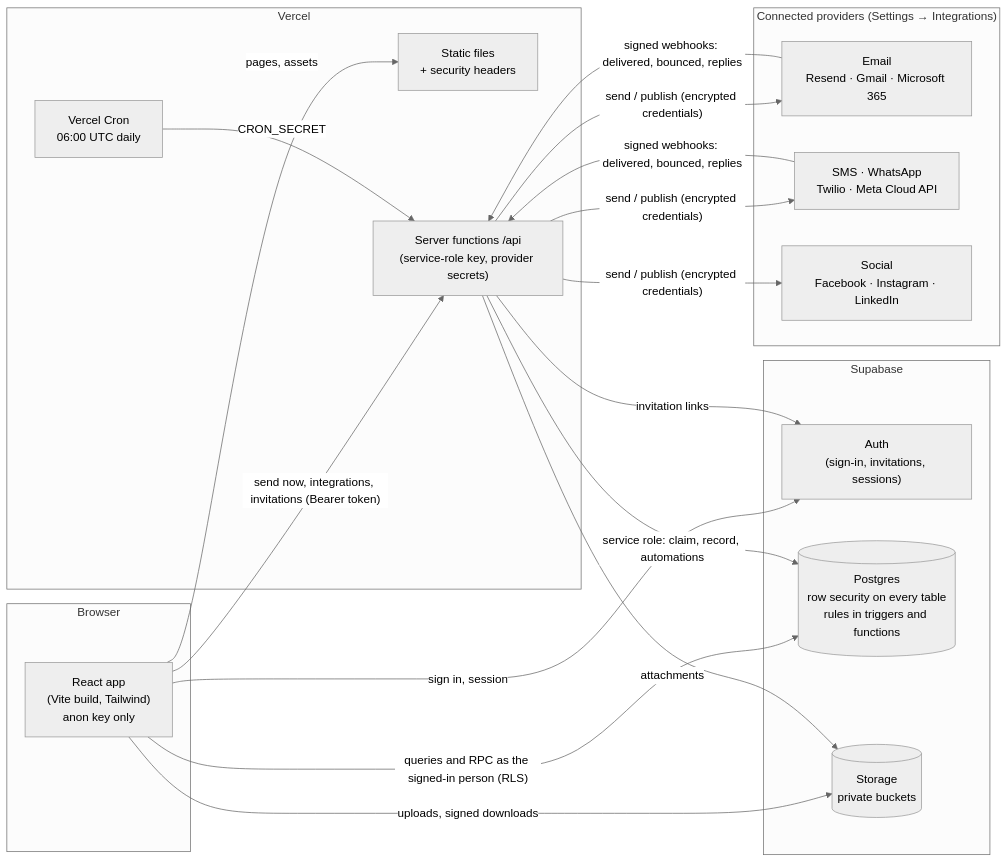
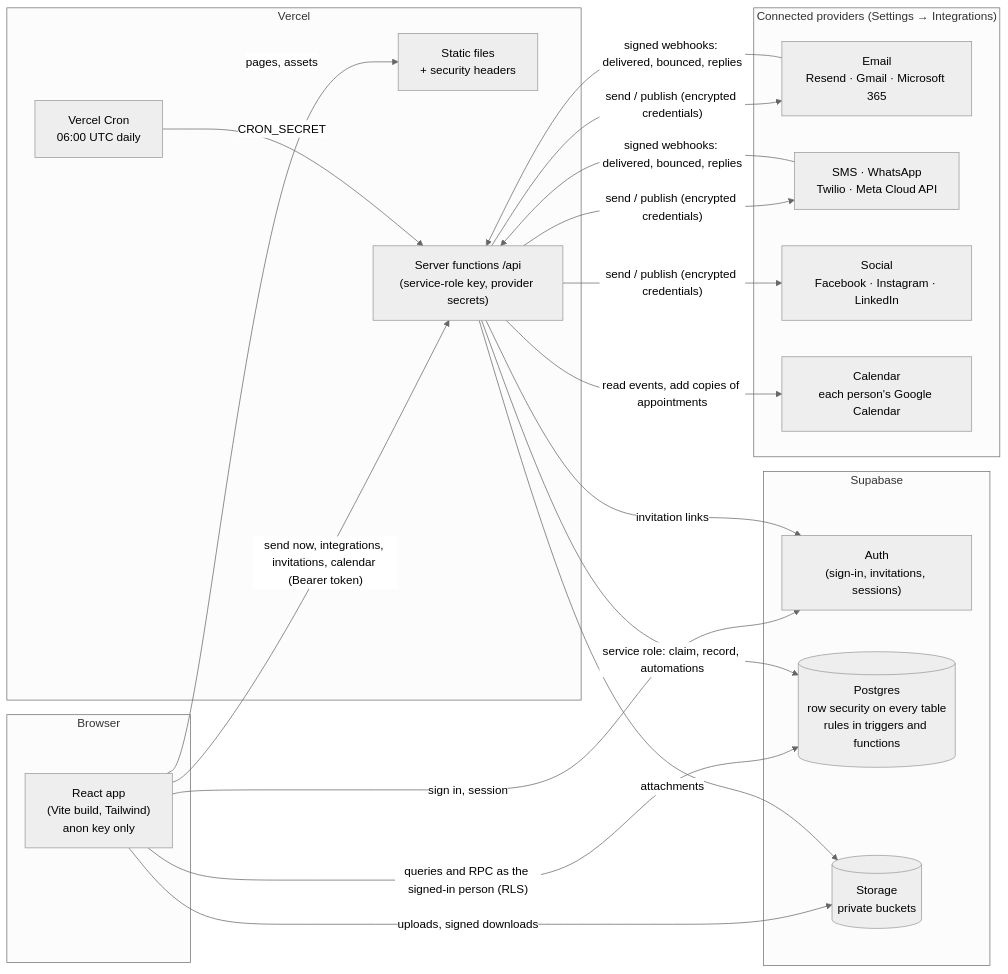
Before and after one commit to eliasmtisie4321/UMBANE2026: the first of 2 diagrams in docs/ARCHITECTURE.md, drawn with Mermaid (neutral theme). The commit also changed other lines of this file and 4 other files, not shown here.

````diff
--- a/docs/ARCHITECTURE.md
+++ b/docs/ARCHITECTURE.md
@@ -10,36 +10,38 @@
 ```mermaid
 flowchart LR
   subgraph Browser
     SPA["React app<br/>(Vite build, Tailwind)<br/>anon key only"]
   end
 
   subgraph Vercel
     STATIC["Static files<br/>+ security headers"]
     FN["Server functions /api<br/>(service-role key, provider secrets)"]
     CRON["Vercel Cron<br/>06:00 UTC daily"]
   end
 
   subgraph Supabase
     AUTH["Auth<br/>(sign-in, invitations, sessions)"]
     DB[("Postgres<br/>row security on every table<br/>rules in triggers and functions")]
     ST[("Storage<br/>private buckets")]
   end
 
   subgraph Providers["Connected providers (Settings → Integrations)"]
     EMAIL["Email<br/>Resend · Gmail · Microsoft 365"]
     MSG["SMS · WhatsApp<br/>Twilio · Meta Cloud API"]
     SOC["Social<br/>Facebook · Instagram · LinkedIn"]
+    CAL["Calendar<br/>each person's Google Calendar"]
   end
 
   SPA -- "pages, assets" --> STATIC
   SPA -- "sign in, session" --> AUTH
   SPA -- "queries and RPC as the signed-in person (RLS)" --> DB
   SPA -- "uploads, signed downloads" --> ST
-  SPA -- "send now, integrations, invitations (Bearer token)" --> FN
+  SPA -- "send now, integrations, invitations, calendar (Bearer token)" --> FN
   CRON -- "CRON_SECRET" --> FN
   FN -- "service role: claim, record, automations" --> DB
   FN -- "invitation links" --> AUTH
   FN -- "attachments" --> ST
   FN -- "send / publish (encrypted credentials)" --> EMAIL & MSG & SOC
+  FN -- "read events, add copies of appointments" --> CAL
   EMAIL & MSG -- "signed webhooks: delivered, bounced, replies" --> FN
 ```
````
